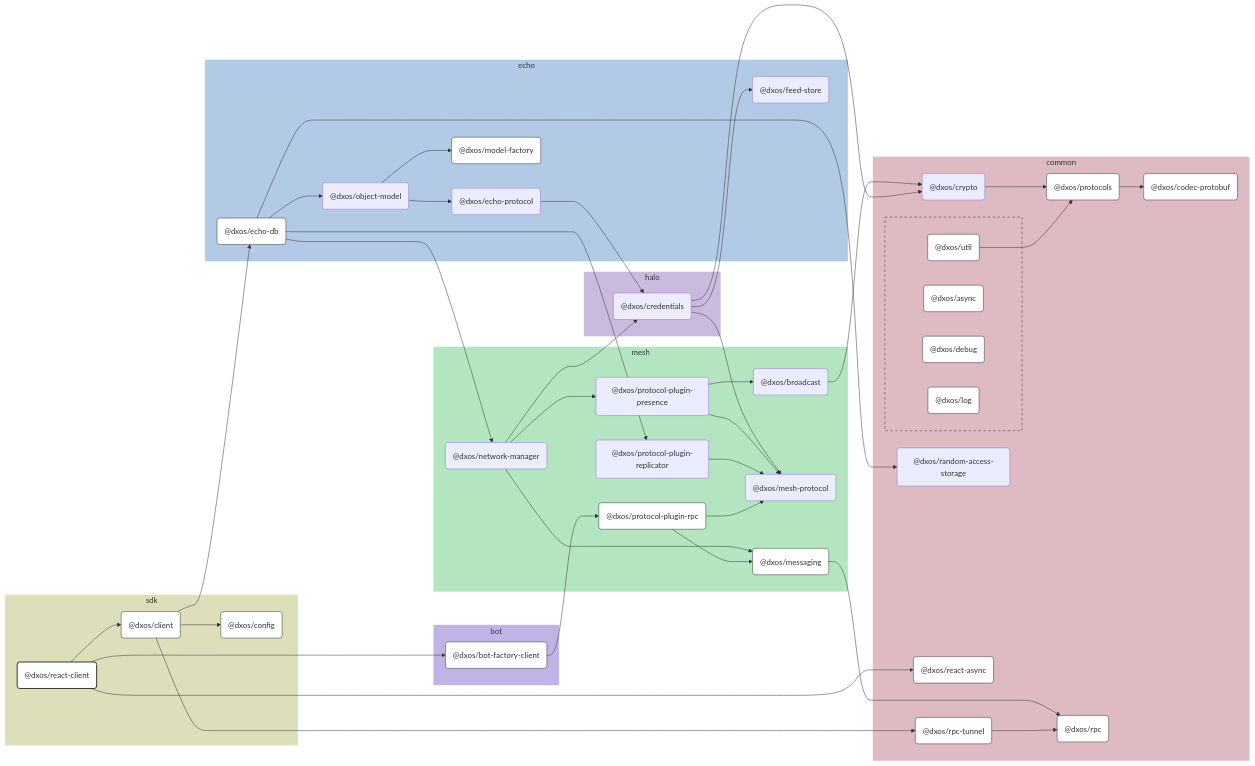
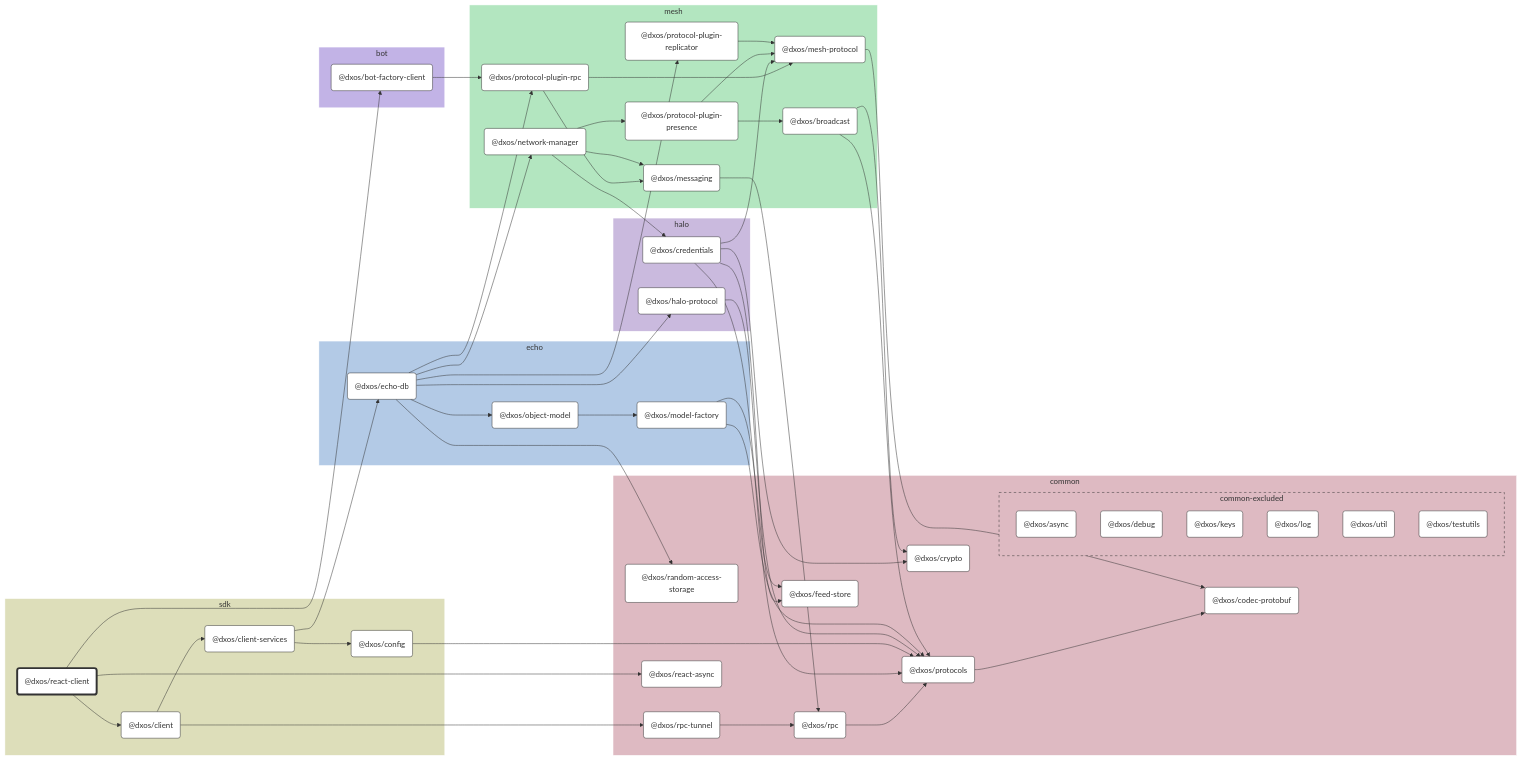
The diagram in packages/sdk/react-client/docs/README.md (dxos/dxos), drawn with Mermaid before and after one commit. The commit also changed other lines of this file and 683 other files, not shown here.

````diff
--- a/packages/sdk/react-client/docs/README.md
+++ b/packages/sdk/react-client/docs/README.md
@@ -9,143 +9,140 @@
 
 flowchart LR
 
-%% Links
-dxos/bot-factory-client --> dxos/protocol-plugin-rpc;
-dxos/broadcast --> dxos/crypto;
-dxos/client --> dxos/config;
-dxos/client --> dxos/echo-db;
-dxos/client --> dxos/rpc-tunnel;
-dxos/credentials --> dxos/crypto;
-dxos/credentials --> dxos/feed-store;
-dxos/credentials --> dxos/mesh-protocol;
-dxos/crypto --> dxos/protocols;
-dxos/echo-db --> dxos/network-manager;
-dxos/echo-db --> dxos/object-model;
-dxos/echo-db --> dxos/protocol-plugin-replicator;
-dxos/echo-db --> dxos/random-access-storage;
-dxos/echo-protocol --> dxos/credentials;
-dxos/messaging --> dxos/rpc;
-dxos/network-manager --> dxos/credentials;
-dxos/network-manager --> dxos/messaging;
-dxos/network-manager --> dxos/protocol-plugin-presence;
-dxos/object-model --> dxos/echo-protocol;
-dxos/object-model --> dxos/model-factory;
-dxos/protocol-plugin-presence --> dxos/broadcast;
-dxos/protocol-plugin-presence --> dxos/mesh-protocol;
-dxos/protocol-plugin-replicator --> dxos/mesh-protocol;
-dxos/protocol-plugin-rpc --> dxos/mesh-protocol;
-dxos/protocol-plugin-rpc --> dxos/messaging;
-dxos/protocols --> dxos/codec-protobuf;
-dxos/react-client --> dxos/bot-factory-client;
-dxos/react-client --> dxos/client;
-dxos/react-client --> dxos/react-async;
-dxos/rpc-tunnel --> dxos/rpc;
-dxos/util --> dxos/protocols;
+%% Classes
+classDef def fill:#fff,stroke:#333,stroke-width:1px
+classDef root fill:#fff,stroke:#333,stroke-width:4px
 
-%% Sections
-subgraph sdk
-  style sdk fill:#dddeba,stroke:#fff;
+%% Nodes
 
-  dxos/client("@dxos/client")
-  dxos/config("@dxos/config")
-  dxos/react-client("@dxos/react-client")
+subgraph sdk [sdk]
+  style sdk fill:#dddeba,stroke:#fff
+  dxos/react-client("@dxos/react-client"):::root
+  click dxos/react-client "dxos/dxos/tree/main/packages/sdk/react-client/docs"
+  dxos/client("@dxos/client"):::def
+  click dxos/client "dxos/dxos/tree/main/packages/sdk/client/docs"
+  dxos/client-services("@dxos/client-services"):::def
+  click dxos/client-services "dxos/dxos/tree/main/packages/sdk/client-services/docs"
+  dxos/config("@dxos/config"):::def
+  click dxos/config "dxos/dxos/tree/main/packages/sdk/config/docs"
 end
 
-subgraph common
-  style common fill:#debac2,stroke:#fff;
+subgraph common [common]
+  style common fill:#debac2,stroke:#fff
+  dxos/codec-protobuf("@dxos/codec-protobuf"):::def
+  click dxos/codec-protobuf "dxos/dxos/tree/main/packages/common/codec-protobuf/docs"
+  dxos/protocols("@dxos/protocols"):::def
+  click dxos/protocols "dxos/dxos/tree/main/packages/common/protocols/docs"
+  dxos/rpc("@dxos/rpc"):::def
+  click dxos/rpc "dxos/dxos/tree/main/packages/common/rpc/docs"
+  dxos/crypto("@dxos/crypto"):::def
+  click dxos/crypto "dxos/dxos/tree/main/packages/common/crypto/docs"
+  dxos/feed-store("@dxos/feed-store"):::def
+  click dxos/feed-store "dxos/dxos/tree/main/packages/common/feed-store/docs"
+  dxos/random-access-storage("@dxos/random-access-storage"):::def
+  click dxos/random-access-storage "dxos/dxos/tree/main/packages/common/random-access-storage/docs"
+  dxos/rpc-tunnel("@dxos/rpc-tunnel"):::def
+  click dxos/rpc-tunnel "dxos/dxos/tree/main/packages/common/rpc-tunnel/docs"
+  dxos/react-async("@dxos/react-async"):::def
+  click dxos/react-async "dxos/dxos/tree/main/packages/common/react-async/docs"
 
-  dxos/codec-protobuf("@dxos/codec-protobuf")
-  dxos/crypto("@dxos/crypto")
-  dxos/protocols("@dxos/protocols")
-  dxos/random-access-storage("@dxos/random-access-storage")
-  dxos/react-async("@dxos/react-async")
-  dxos/rpc("@dxos/rpc")
-  dxos/rpc-tunnel("@dxos/rpc-tunnel")
-
-  subgraph common-excluded [ ]
-    style common-excluded fill:#debac2,stroke:#333,stroke-dasharray:5 5;
-
-    dxos/async("@dxos/async")
-    dxos/debug("@dxos/debug")
-    dxos/log("@dxos/log")
-    dxos/util("@dxos/util")
+  subgraph common-excluded [common-excluded]
+    style common-excluded fill:#debac2,stroke:#333,stroke-dasharray:5 5
+    dxos/async("@dxos/async"):::def
+    click dxos/async "dxos/dxos/tree/main/packages/common/async/docs"
+    dxos/debug("@dxos/debug"):::def
+    click dxos/debug "dxos/dxos/tree/main/packages/common/debug/docs"
+    dxos/keys("@dxos/keys"):::def
+    click dxos/keys "dxos/dxos/tree/main/packages/common/keys/docs"
+    dxos/log("@dxos/log"):::def
+    click dxos/log "dxos/dxos/tree/main/packages/common/log/docs"
+    dxos/util("@dxos/util"):::def
+    click dxos/util "dxos/dxos/tree/main/packages/common/util/docs"
+    dxos/testutils("@dxos/testutils"):::def
+    click dxos/testutils "dxos/dxos/tree/main/packages/common/testutils/docs"
   end
 end
 
-subgraph bot
-  style bot fill:#c2b3e6,stroke:#fff;
-
-  dxos/bot-factory-client("@dxos/bot-factory-client")
+subgraph bot [bot]
+  style bot fill:#c2b3e6,stroke:#fff
+  dxos/bot-factory-client("@dxos/bot-factory-client"):::def
+  click dxos/bot-factory-client "dxos/dxos/tree/main/packages/bot/bot-factory-client/docs"
 end
 
-subgraph mesh
-  style mesh fill:#b3e6c0,stroke:#fff;
-
-  dxos/broadcast("@dxos/broadcast")
-  dxos/mesh-protocol("@dxos/mesh-protocol")
-  dxos/messaging("@dxos/messaging")
-  dxos/network-manager("@dxos/network-manager")
-  dxos/protocol-plugin-presence("@dxos/protocol-plugin-presence")
-  dxos/protocol-plugin-replicator("@dxos/protocol-plugin-replicator")
-  dxos/protocol-plugin-rpc("@dxos/protocol-plugin-rpc")
+subgraph mesh [mesh]
+  style mesh fill:#b3e6c0,stroke:#fff
+  dxos/protocol-plugin-rpc("@dxos/protocol-plugin-rpc"):::def
+  click dxos/protocol-plugin-rpc "dxos/dxos/tree/main/packages/mesh/protocol-plugin-rpc/docs"
+  dxos/messaging("@dxos/messaging"):::def
+  click dxos/messaging "dxos/dxos/tree/main/packages/mesh/messaging/docs"
+  dxos/mesh-protocol("@dxos/mesh-protocol"):::def
+  click dxos/mesh-protocol "dxos/dxos/tree/main/packages/mesh/mesh-protocol/docs"
+  dxos/network-manager("@dxos/network-manager"):::def
+  click dxos/network-manager "dxos/dxos/tree/main/packages/mesh/network-manager/docs"
+  dxos/protocol-plugin-presence("@dxos/protocol-plugin-presence"):::def
+  click dxos/protocol-plugin-presence "dxos/dxos/tree/main/packages/mesh/protocol-plugin-presence/docs"
+  dxos/broadcast("@dxos/broadcast"):::def
+  click dxos/broadcast "dxos/dxos/tree/main/packages/mesh/broadcast/docs"
+  dxos/protocol-plugin-replicator("@dxos/protocol-plugin-replicator"):::def
+  click dxos/protocol-plugin-replicator "dxos/dxos/tree/main/packages/mesh/protocol-plugin-replicator/docs"
 end
 
-subgraph echo
-  style echo fill:#b3cae6,stroke:#fff;
-
-  dxos/echo-db("@dxos/echo-db")
-  dxos/echo-protocol("@dxos/echo-protocol")
-  dxos/feed-store("@dxos/feed-store")
-  dxos/model-factory("@dxos/model-factory")
-  dxos/object-model("@dxos/object-model")
+subgraph halo [halo]
+  style halo fill:#cabade,stroke:#fff
+  dxos/credentials("@dxos/credentials"):::def
+  click dxos/credentials "dxos/dxos/tree/main/packages/halo/credentials/docs"
+  dxos/halo-protocol("@dxos/halo-protocol"):::def
+  click dxos/halo-protocol "dxos/dxos/tree/main/packages/halo/halo-protocol/docs"
 end
 
-subgraph halo
-  style halo fill:#cabade,stroke:#fff;
-
-  dxos/credentials("@dxos/credentials")
+subgraph echo [echo]
+  style echo fill:#b3cae6,stroke:#fff
+  dxos/echo-db("@dxos/echo-db"):::def
+  click dxos/echo-db "dxos/dxos/tree/main/packages/echo/echo-db/docs"
+  dxos/model-factory("@dxos/model-factory"):::def
+  click dxos/model-factory "dxos/dxos/tree/main/packages/echo/model-factory/docs"
+  dxos/object-model("@dxos/object-model"):::def
+  click dxos/object-model "dxos/dxos/tree/main/packages/echo/object-model/docs"
 end
 
-
-%% Hyperlinks
-click dxos/async "dxos/dxos/tree/main/packages/common/async/docs";
-click dxos/bot-factory-client "dxos/dxos/tree/main/packages/bot/bot-factory-client/docs";
-click dxos/client "dxos/dxos/tree/main/packages/sdk/client/docs";
-click dxos/codec-protobuf "dxos/dxos/tree/main/packages/common/codec-protobuf/docs";
-click dxos/config "dxos/dxos/tree/main/packages/sdk/config/docs";
-click dxos/debug "dxos/dxos/tree/main/packages/common/debug/docs";
-click dxos/echo-db "dxos/dxos/tree/main/packages/echo/echo-db/docs";
-click dxos/log "dxos/dxos/tree/main/packages/common/log/docs";
-click dxos/messaging "dxos/dxos/tree/main/packages/mesh/messaging/docs";
-click dxos/model-factory "dxos/dxos/tree/main/packages/echo/model-factory/docs";
-click dxos/protocol-plugin-rpc "dxos/dxos/tree/main/packages/mesh/protocol-plugin-rpc/docs";
-click dxos/protocols "dxos/dxos/tree/main/packages/common/protocols/docs";
-click dxos/react-async "dxos/dxos/tree/main/packages/common/react-async/docs";
-click dxos/rpc "dxos/dxos/tree/main/packages/common/rpc/docs";
-click dxos/rpc-tunnel "dxos/dxos/tree/main/packages/common/rpc-tunnel/docs";
-click dxos/util "dxos/dxos/tree/main/packages/common/util/docs";
-
-%% Styles
-classDef rootNode fill:#fff,stroke:#333,stroke-width:2px
-classDef defaultNode fill:#fff,stroke:#333,stroke-width:1px
+%% Links
 linkStyle default stroke:#333,stroke-width:1px
-
-dxos/react-client:::rootNode
-
-dxos/async:::defaultNode
-dxos/bot-factory-client:::defaultNode
-dxos/client:::defaultNode
-dxos/codec-protobuf:::defaultNode
-dxos/config:::defaultNode
-dxos/debug:::defaultNode
-dxos/echo-db:::defaultNode
-dxos/log:::defaultNode
-dxos/messaging:::defaultNode
-dxos/model-factory:::defaultNode
-dxos/protocol-plugin-rpc:::defaultNode
-dxos/protocols:::defaultNode
-dxos/react-async:::defaultNode
-dxos/rpc:::defaultNode
-dxos/rpc-tunnel:::defaultNode
-dxos/util:::defaultNode
+dxos/react-client --> dxos/bot-factory-client
+dxos/bot-factory-client --> dxos/protocol-plugin-rpc
+dxos/protocol-plugin-rpc --> dxos/messaging
+dxos/protocols --> dxos/codec-protobuf
+dxos/messaging --> dxos/rpc
+dxos/rpc --> dxos/protocols
+dxos/protocol-plugin-rpc --> dxos/mesh-protocol
+dxos/mesh-protocol --> dxos/codec-protobuf
+dxos/react-client --> dxos/client
+dxos/client --> dxos/client-services
+dxos/credentials --> dxos/crypto
+dxos/credentials --> dxos/feed-store
+dxos/credentials --> dxos/mesh-protocol
+dxos/credentials --> dxos/protocols
+dxos/client-services --> dxos/config
+dxos/config --> dxos/protocols
+dxos/client-services --> dxos/echo-db
+dxos/echo-db --> dxos/halo-protocol
+dxos/halo-protocol --> dxos/protocols
+dxos/model-factory --> dxos/feed-store
+dxos/model-factory --> dxos/protocols
+dxos/echo-db --> dxos/network-manager
+dxos/network-manager --> dxos/credentials
+dxos/network-manager --> dxos/messaging
+dxos/network-manager --> dxos/protocol-plugin-presence
+dxos/protocol-plugin-presence --> dxos/broadcast
+dxos/broadcast --> dxos/crypto
+dxos/broadcast --> dxos/protocols
+dxos/protocol-plugin-presence --> dxos/mesh-protocol
+dxos/echo-db --> dxos/object-model
+dxos/object-model --> dxos/model-factory
+dxos/echo-db --> dxos/protocol-plugin-replicator
+dxos/protocol-plugin-replicator --> dxos/mesh-protocol
+dxos/echo-db --> dxos/random-access-storage
+dxos/echo-db --> dxos/protocol-plugin-rpc
+dxos/client --> dxos/rpc-tunnel
+dxos/rpc-tunnel --> dxos/rpc
+dxos/react-client --> dxos/react-async
 ```
````
